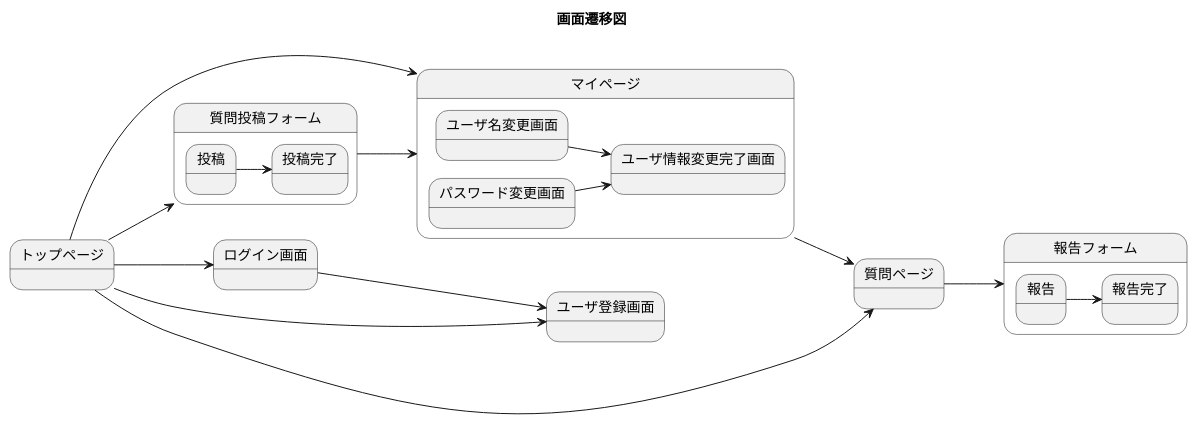
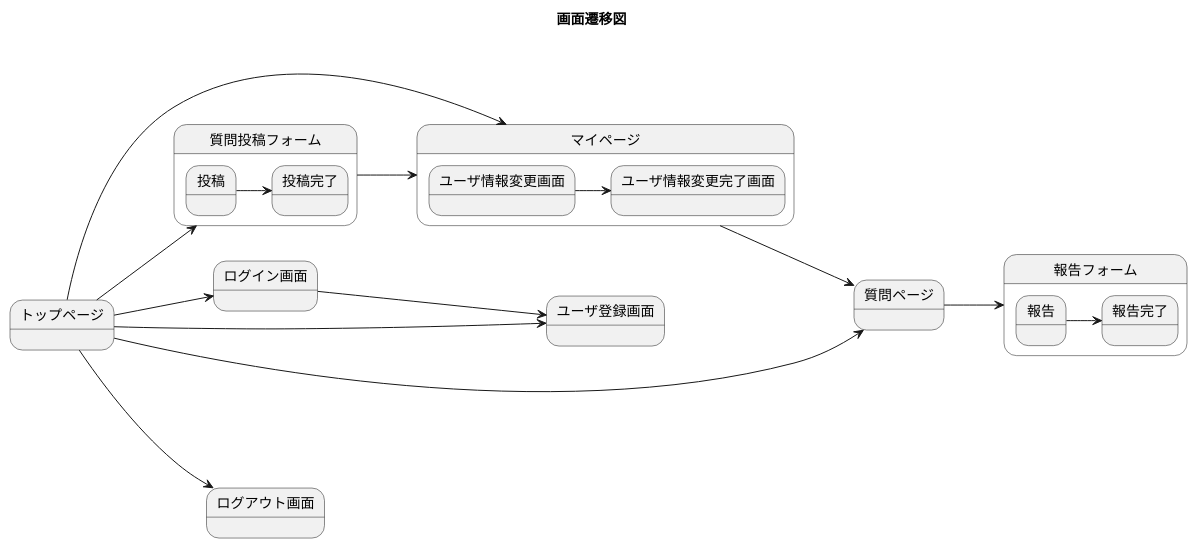
The diagram in design/ScreenTransitionDiagram.pu (araigoro/Website), drawn with PlantUML before and after one commit. The commit also changed 1 other file, not shown here.

```diff
--- a/design/ScreenTransitionDiagram.pu
+++ b/design/ScreenTransitionDiagram.pu
@@ -6,36 +6,36 @@
 @startuml
 left to right direction
 title 画面遷移図
 
 state トップページ {
 }
 
 state マイページ {
-    ユーザ名変更画面 -down-> ユーザ情報変更完了画面
-    パスワード変更画面 -down-> ユーザ情報変更完了画面
+    ユーザ情報変更画面 -down-> ユーザ情報変更完了画面
 }
 
 state 質問投稿フォーム {
     投稿 -down-> 投稿完了
 }
 
 state 報告フォーム {
     報告 -down-> 報告完了
 }
 
 トップページ -down-> マイページ
 トップページ -down-> ログイン画面
 トップページ -down-> 質問投稿フォーム
 トップページ -down-> 質問ページ
 トップページ -down-> ユーザ登録画面
+トップページ -down-> ログアウト画面
 
 マイページ -down-> 質問ページ
 
 ログイン画面 -down-> ユーザ登録画面
 
 質問投稿フォーム -down-> マイページ
 
 質問ページ -down-> 報告フォーム
 
 
 @enduml
```
